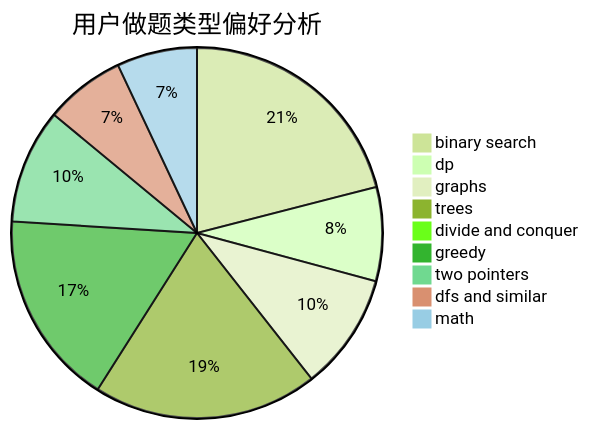
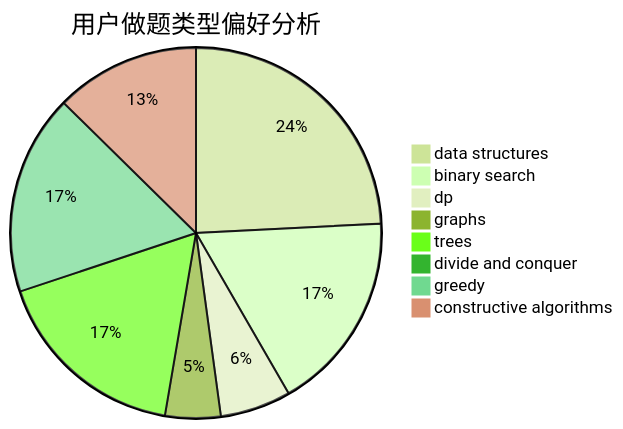
Before and after one commit to sherpahu/cfrs.github.io: the second of 3 diagrams in docs/user/u411.md, drawn with Mermaid (forest theme). The commit also changed other lines of this file and 2775 other files, not shown here.

````diff
--- a/docs/user/u411.md
+++ b/docs/user/u411.md
@@ -23,12 +23,11 @@
 ```mermaid
 pie title 用户做题类型偏好分析
-    "binary search" :  105
-    "dp" :  41
-    "graphs" :  51
-    "trees" :  98
+    "data structures" :  90
+    "binary search" :  65
+    "dp" :  23
+    "graphs" :  18
+    "trees" :  64
     "divide and conquer" :  3
-    "greedy" :  85
-    "two pointers" :  50
-    "dfs and similar" :  35
-    "math" :  35
+    "greedy" :  65
+    "constructive algorithms" :  47
 ```
````
